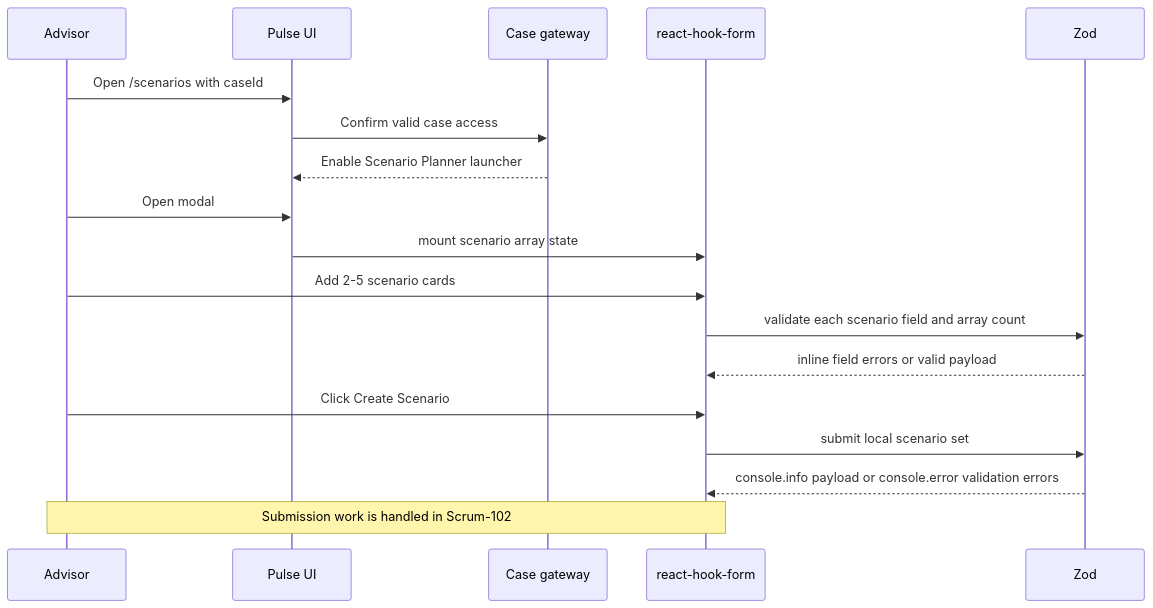
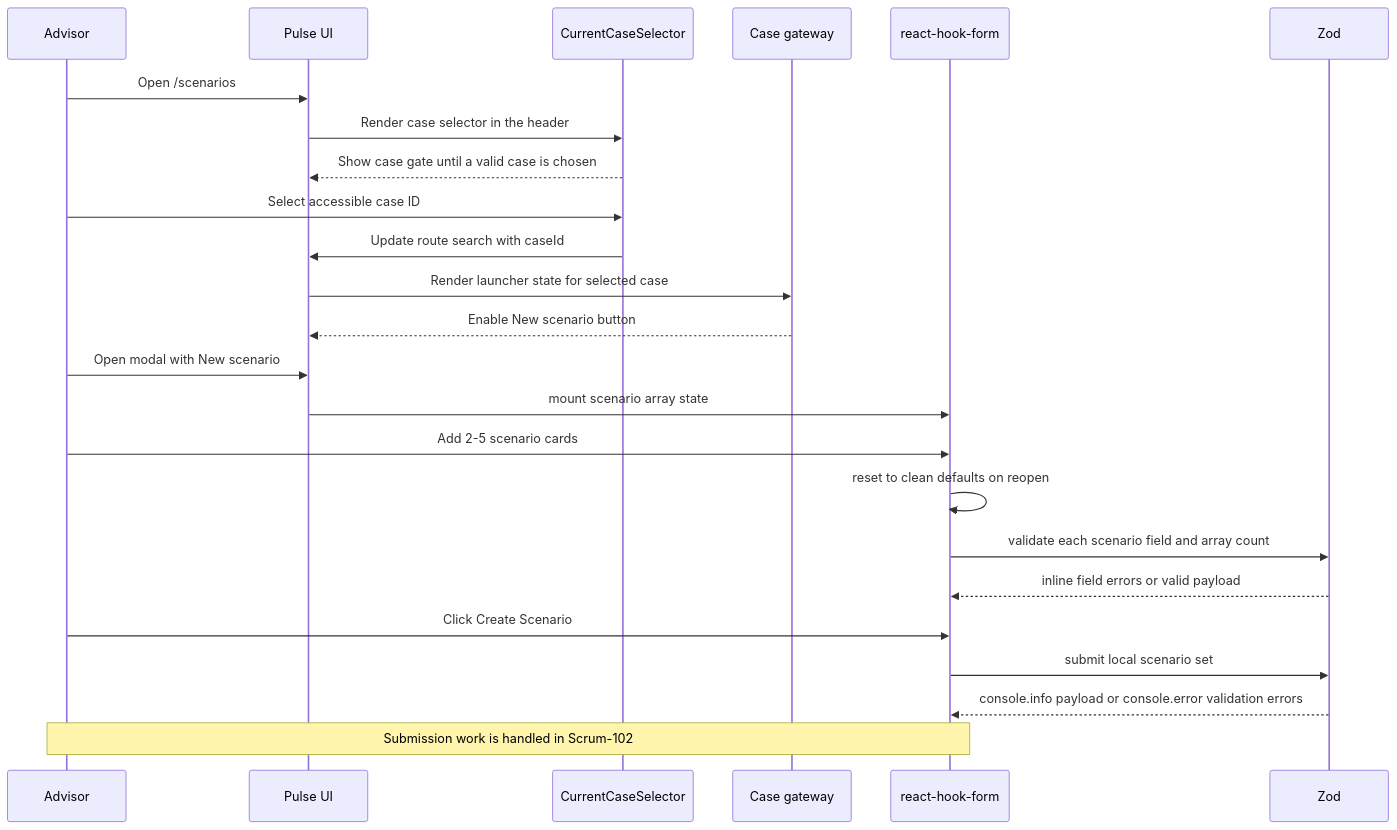
The first of 8 diagrams in planning/team/cl-ticket-journal.md (Topher05/tax-pulse-project-1), drawn with Mermaid before and after one commit. The commit also changed other lines of this file and 2 other files, not shown here.

````diff
--- a/planning/team/cl-ticket-journal.md
+++ b/planning/team/cl-ticket-journal.md
@@ -60,21 +62,27 @@
 ```mermaid
 sequenceDiagram
     participant Advisor
     participant UI as Pulse UI
+    participant Selector as CurrentCaseSelector
     participant Gate as Case gateway
     participant Form as react-hook-form
     participant Schema as Zod
 
-    Advisor->>UI: Open /scenarios with caseId
-    UI->>Gate: Confirm valid case access
-    Gate-->>UI: Enable Scenario Planner launcher
-    Advisor->>UI: Open modal
+    Advisor->>UI: Open /scenarios
+    UI->>Selector: Render case selector in the header
+    Selector-->>UI: Show case gate until a valid case is chosen
+    Advisor->>Selector: Select accessible case ID
+    Selector->>UI: Update route search with caseId
+    UI->>Gate: Render launcher state for selected case
+    Gate-->>UI: Enable New scenario button
+    Advisor->>UI: Open modal with New scenario
     UI->>Form: mount scenario array state
     Advisor->>Form: Add 2-5 scenario cards
+    Form->>Form: reset to clean defaults on reopen
     Form->>Schema: validate each scenario field and array count
     Schema-->>Form: inline field errors or valid payload
     Advisor->>Form: Click Create Scenario
     Form->>Schema: submit local scenario set
     Schema-->>Form: console.info payload or console.error validation errors
     Note over Form,Advisor: Submission work is handled in Scrum-102
 ```
````
